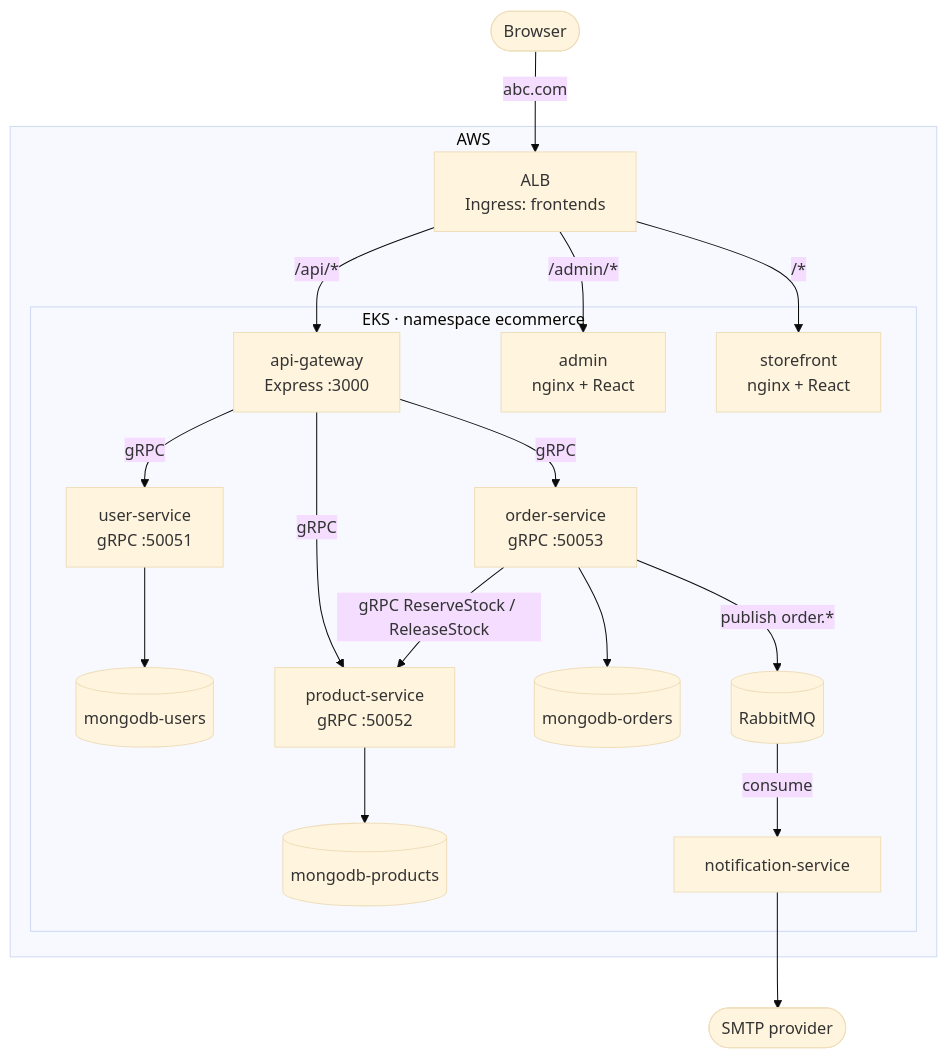
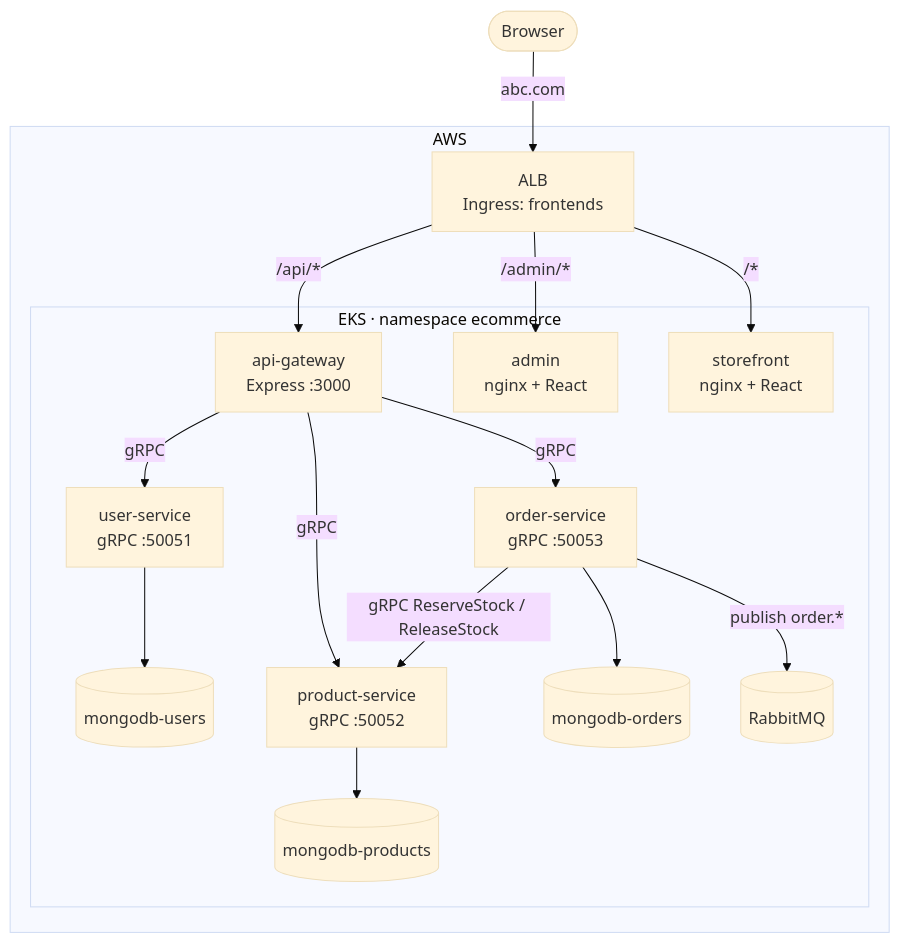
The first of 2 diagrams in docs/ARCHITECTURE.md (raghav2306/shoplite-microservices), drawn with Mermaid (base theme) before and after one commit. The commit also changed other lines of this file and 60 other files, not shown here.

````diff
--- a/docs/ARCHITECTURE.md
+++ b/docs/ARCHITECTURE.md
@@ -5,42 +5,38 @@
 ```mermaid
 flowchart TB
     browser([Browser])
 
     subgraph aws[AWS]
         alb[ALB<br/>Ingress: frontends]
         subgraph eks[EKS · namespace ecommerce]
             storefront[storefront<br/>nginx + React]
             admin[admin<br/>nginx + React]
             gateway[api-gateway<br/>Express :3000]
 
             user[user-service<br/>gRPC :50051]
             product[product-service<br/>gRPC :50052]
             order[order-service<br/>gRPC :50053]
-            notify[notification-service]
 
             mq[(RabbitMQ)]
             mu[(mongodb-users)]
             mp[(mongodb-products)]
             mo[(mongodb-orders)]
         end
     end
-    smtp([SMTP provider])
 
     browser -->|abc.com| alb
     alb -->|/api/*| gateway
     alb -->|/admin/*| admin
     alb -->|/*| storefront
 
     gateway -->|gRPC| user
     gateway -->|gRPC| product
     gateway -->|gRPC| order
     order -->|gRPC ReserveStock / ReleaseStock| product
 
     user --> mu
     product --> mp
     order --> mo
 
     order -->|publish order.*| mq
-    mq -->|consume| notify
-    notify --> smtp
 ```
````
